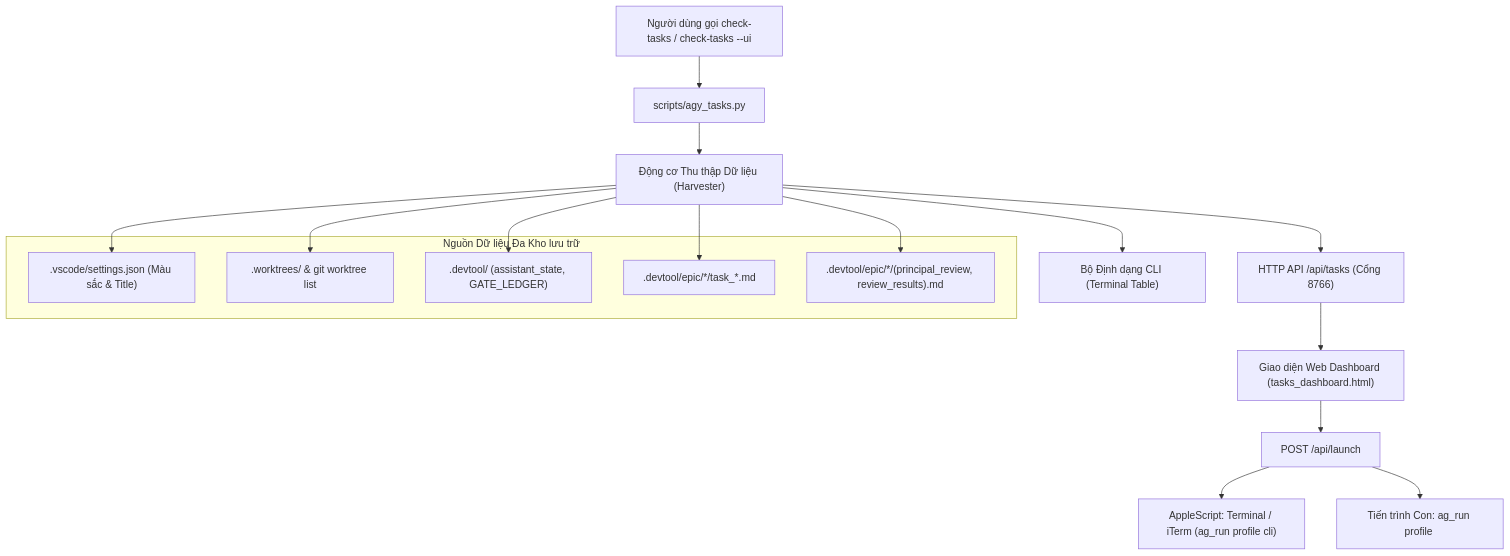
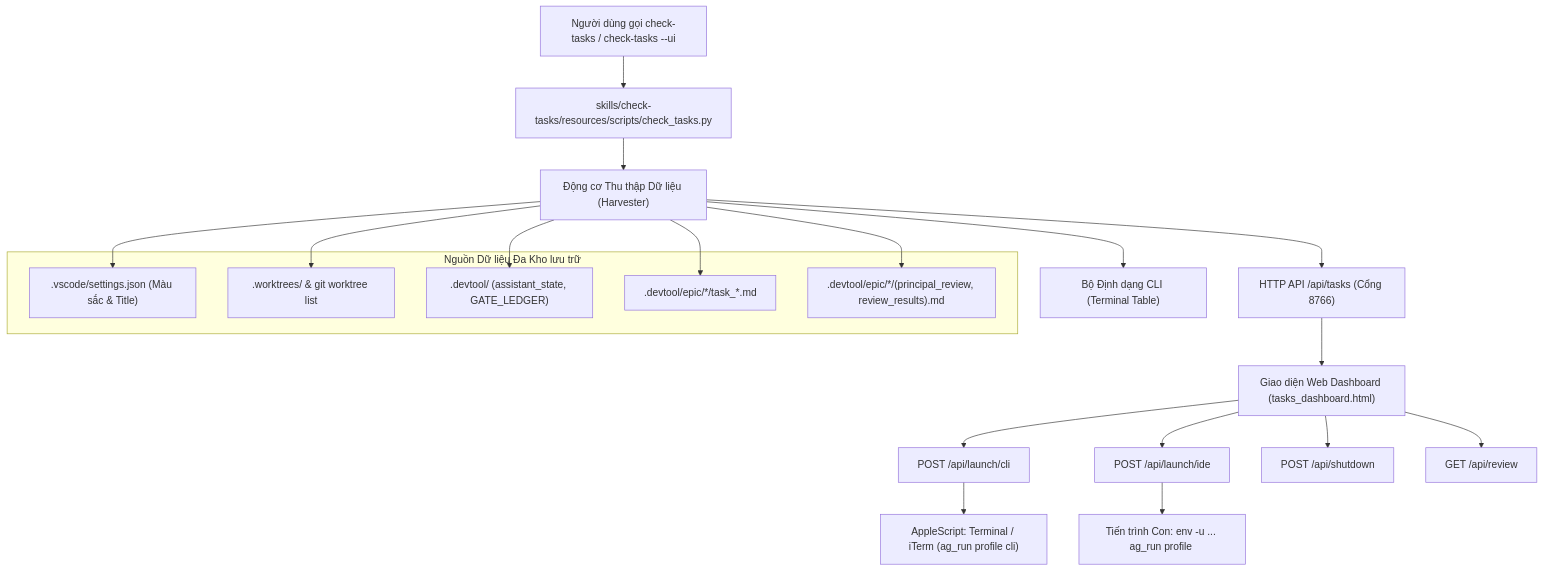
Before and after one commit to DanhDue/ai-agent-tools: the diagram in .devtool/epic/check_tasks_dashboard/2026-11-11-check-tasks-dashboard-design.vi.md, drawn with Mermaid. The commit also changed other lines of this file and 7 other files, not shown here.

First line of the commit message:
[CHECK_TASKS_DASHBOARD] Apply final Principal Review convergence fixes

````diff
--- a/.devtool/epic/check_tasks_dashboard/2026-11-11-check-tasks-dashboard-design.vi.md
+++ b/.devtool/epic/check_tasks_dashboard/2026-11-11-check-tasks-dashboard-design.vi.md
@@ -75,27 +79,30 @@
 ```mermaid
 flowchart TD
-    CLI["Người dùng gọi check-tasks / check-tasks --ui"] --> AGY["scripts/agy_tasks.py"]
+    CLI["Người dùng gọi check-tasks / check-tasks --ui"] --> AGY["skills/check-tasks/resources/scripts/check_tasks.py"]
     AGY --> HARVEST["Động cơ Thu thập Dữ liệu (Harvester)"]
     
     subgraph DataSources["Nguồn Dữ liệu Đa Kho lưu trữ"]
         VS[".vscode/settings.json (Màu sắc & Title)"]
         WT[".worktrees/ & git worktree list"]
         DEV[".devtool/ (assistant_state, GATE_LEDGER)"]
         TASKS[".devtool/epic/*/task_*.md"]
         REV[".devtool/epic/*/(principal_review, review_results).md"]
     end
     
     HARVEST --> VS
     HARVEST --> WT
     HARVEST --> DEV
     HARVEST --> TASKS
     HARVEST --> REV
     
     HARVEST --> FORMAT["Bộ Định dạng CLI (Terminal Table)"]
     HARVEST --> API["HTTP API /api/tasks (Cổng 8766)"]
     API --> WEB["Giao diện Web Dashboard (tasks_dashboard.html)"]
     
-    WEB --> LAUNCH["POST /api/launch"]
-    LAUNCH --> OS_CLI["AppleScript: Terminal / iTerm (ag_run profile cli)"]
-    LAUNCH --> OS_IDE["Tiến trình Con: ag_run profile <worktree>"]
+    WEB --> LAUNCH_CLI["POST /api/launch/cli"]
+    WEB --> LAUNCH_IDE["POST /api/launch/ide"]
+    WEB --> SHUTDOWN["POST /api/shutdown"]
+    WEB --> REVIEW["GET /api/review"]
+    LAUNCH_CLI --> OS_CLI["AppleScript: Terminal / iTerm (ag_run profile cli)"]
+    LAUNCH_IDE --> OS_IDE["Tiến trình Con: env -u ... ag_run profile <worktree>"]
 ```
````
